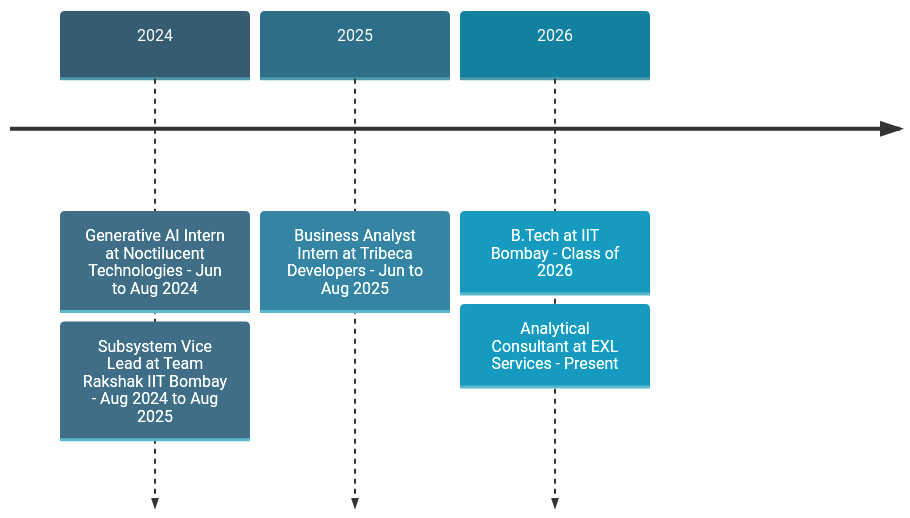
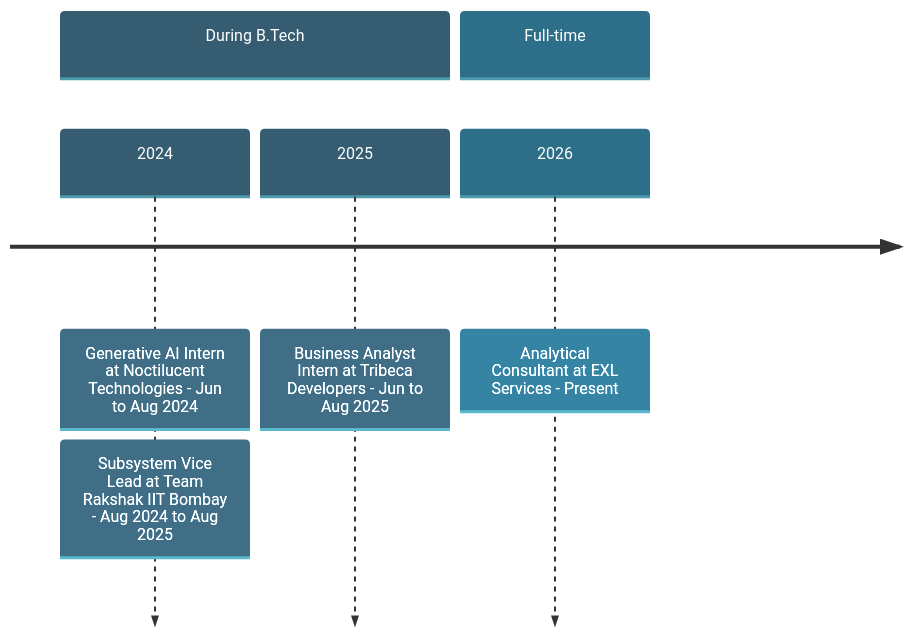
The diagram in README.md (NEC0S/NEC0S), drawn with Mermaid before and after one commit. The commit also changed other lines of this file, not shown here.

````diff
--- a/README.md
+++ b/README.md
@@ -241,9 +251,10 @@
 ```mermaid
-%%{init: {'theme': 'base', 'themeVariables': {'fontFamily': 'ui-sans-serif, system-ui, sans-serif', 'cScale0': '#355c70', 'cScale1': '#2d6e88', 'cScale2': '#12809f', 'cScaleLabel0': '#ffffff', 'cScaleLabel1': '#ffffff', 'cScaleLabel2': '#ffffff', 'cScaleInv0': '#4c9aab', 'cScaleInv1': '#4c9aab', 'cScaleInv2': '#4c9aab', 'lineColor': '#4c9aab'}}}%%
+%%{init: {'theme': 'base', 'themeVariables': {'fontFamily': 'ui-sans-serif, system-ui, sans-serif', 'cScale0': '#355c70', 'cScale1': '#2d6e88', 'cScale2': '#12809f', 'cScale3': '#12809f', 'cScaleLabel0': '#ffffff', 'cScaleLabel1': '#ffffff', 'cScaleLabel2': '#ffffff', 'cScaleLabel3': '#ffffff', 'cScaleInv0': '#4c9aab', 'cScaleInv1': '#4c9aab', 'cScaleInv2': '#4c9aab', 'cScaleInv3': '#4c9aab', 'lineColor': '#4c9aab'}}}%%
 timeline
-    2024 : Generative AI Intern at Noctilucent Technologies - Jun to Aug 2024
-         : Subsystem Vice Lead at Team Rakshak IIT Bombay - Aug 2024 to Aug 2025
-    2025 : Business Analyst Intern at Tribeca Developers - Jun to Aug 2025
-    2026 : B.Tech at IIT Bombay - Class of 2026
-         : Analytical Consultant at EXL Services - Present
+    section During B.Tech
+        2024 : Generative AI Intern at Noctilucent Technologies - Jun to Aug 2024
+             : Subsystem Vice Lead at Team Rakshak IIT Bombay - Aug 2024 to Aug 2025
+        2025 : Business Analyst Intern at Tribeca Developers - Jun to Aug 2025
+    section Full-time
+        2026 : Analytical Consultant at EXL Services - Present
 ```
````
